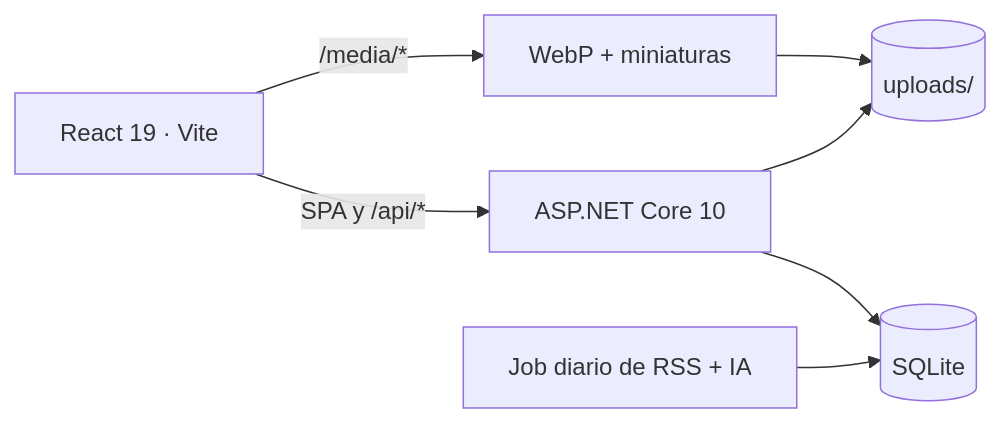
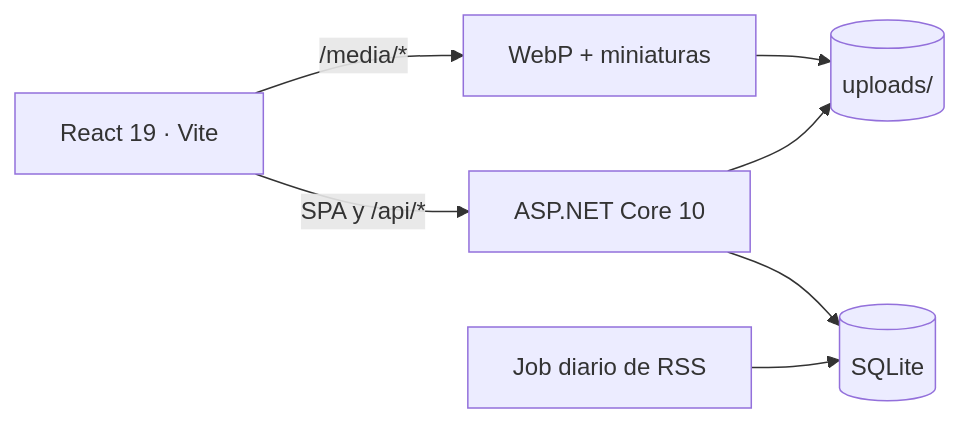
The diagram in README.md (esdandev/fashion-app), drawn with Mermaid before and after one commit. The commit also changed other lines of this file and 96 other files, not shown here.

````diff
--- a/README.md
+++ b/README.md
@@ -89,9 +87,9 @@
 ```mermaid
 flowchart LR
   SPA["React 19 · Vite"] -->|"SPA y /api/*"| API["ASP.NET Core 10"]
   SPA -->|"/media/*"| Media["WebP + miniaturas"]
   API --> DB[("SQLite")]
   API --> Uploads[("uploads/")]
-  Job["Job diario de RSS + IA"] --> DB
+  Job["Job diario de RSS"] --> DB
   Media --> Uploads
 ```
````
